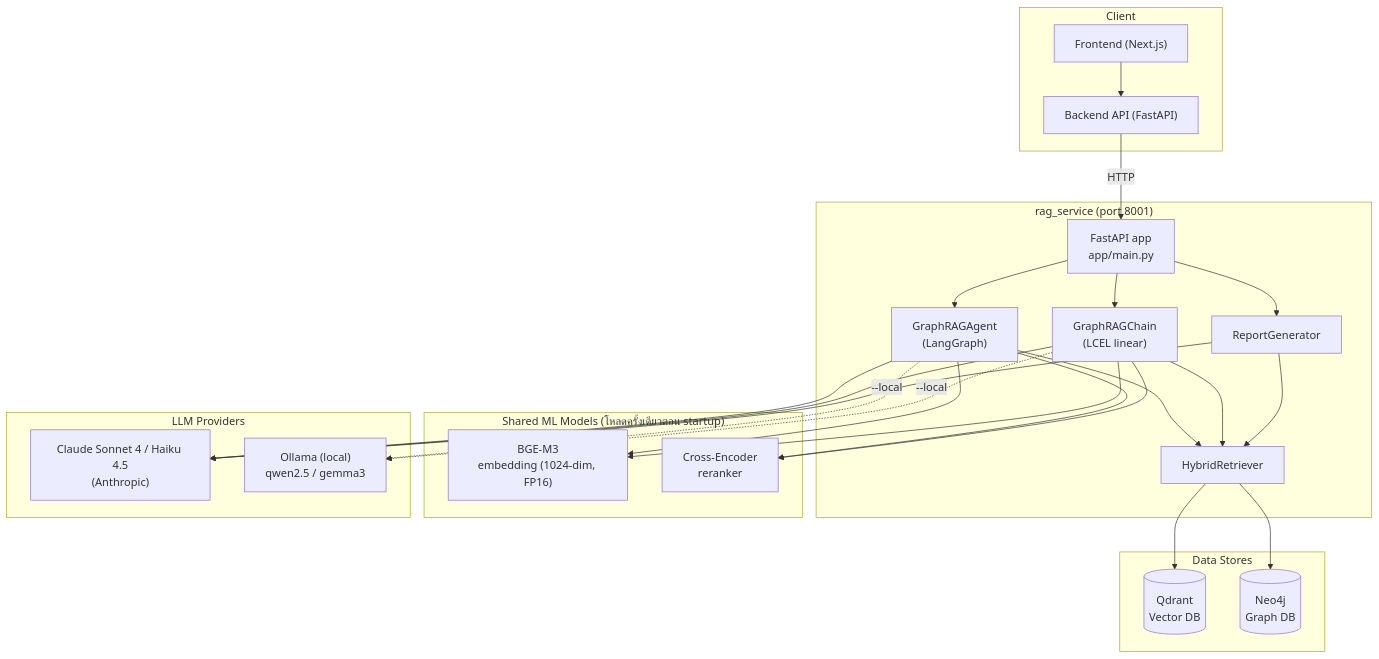
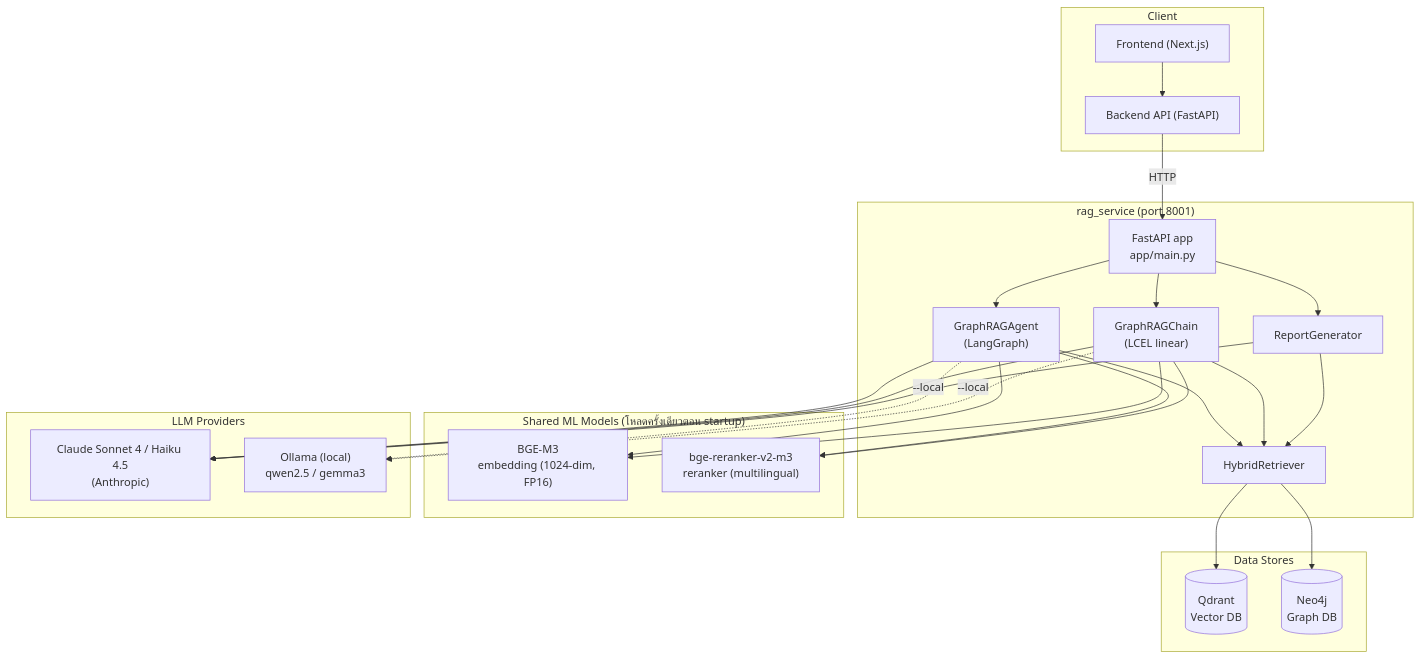
The first of 5 diagrams in rag_service/docs/RAG_Module.md (KKhamwiset/Cybercase-Intelligence-Framework), drawn with Mermaid before and after one commit. The commit also changed other lines of this file and 19 other files, not shown here.

````diff
--- a/rag_service/docs/RAG_Module.md
+++ b/rag_service/docs/RAG_Module.md
@@ -51,38 +51,38 @@
 ```mermaid
 graph TB
     subgraph Client
         FE["Frontend (Next.js)"]
         BE["Backend API (FastAPI)"]
     end
 
     subgraph RAG["rag_service (port 8001)"]
         API["FastAPI app<br/>app/main.py"]
         AGENT["GraphRAGAgent<br/>(LangGraph)"]
         CHAIN["GraphRAGChain<br/>(LCEL linear)"]
         RPT["ReportGenerator"]
         RET["HybridRetriever"]
     end
 
     subgraph Models["Shared ML Models (โหลดครั้งเดียวตอน startup)"]
         EMB["BGE-M3<br/>embedding (1024-dim, FP16)"]
-        RR["Cross-Encoder<br/>reranker"]
+        RR["bge-reranker-v2-m3<br/>reranker (multilingual)"]
     end
 
     subgraph Data["Data Stores"]
         QD[("Qdrant<br/>Vector DB")]
         NEO[("Neo4j<br/>Graph DB")]
     end
 
     subgraph LLM["LLM Providers"]
         CLAUDE["Claude Sonnet 4 / Haiku 4.5<br/>(Anthropic)"]
         OLLAMA["Ollama (local)<br/>qwen2.5 / gemma3"]
     end
 
     FE --> BE -->|HTTP| API
     API --> AGENT & CHAIN & RPT
     AGENT & CHAIN & RPT --> RET
     AGENT & CHAIN --> EMB & RR
     RET --> QD & NEO
     AGENT & CHAIN & RPT --> CLAUDE
     AGENT & CHAIN -.->|"--local"| OLLAMA
 ```
````
